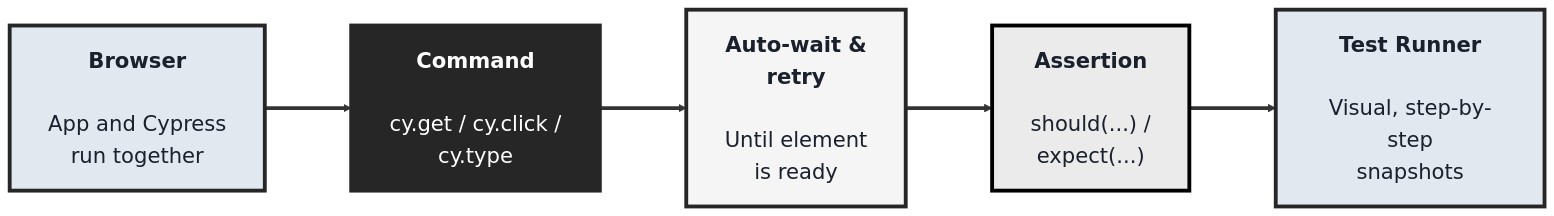
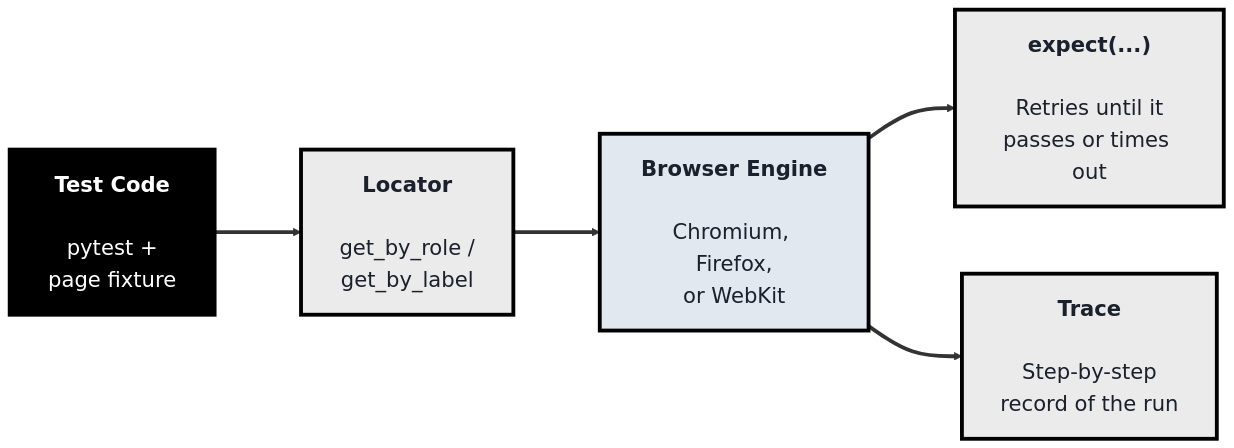
One commit to SHEMODELTECH/shemodeltech changed the second of 3 diagrams in src/Pages/courses/TechQA/module-3-automation-testing.md. Above: the diagram before and after it, drawn with Mermaid. The commit also changed other lines of this file and 7 other files, not shown here.

````diff
--- a/src/Pages/courses/TechQA/module-3-automation-testing.md
+++ b/src/Pages/courses/TechQA/module-3-automation-testing.md
@@ -114,19 +158,20 @@
 ```mermaid
-%%{init: {'theme':'base', 'themeVariables': {'fontSize':'22px', 'primaryTextColor':'#1a202c', 'primaryBorderColor':'#262626', 'lineColor':'#333333'}, 'flowchart': {'nodeSpacing': 70, 'rankSpacing': 90, 'padding': 20}}}%%
+%%{init: {'theme':'base', 'themeVariables': {'fontSize':'22px', 'primaryTextColor':'#1a202c', 'primaryBorderColor':'#000000', 'lineColor':'#333333'}, 'flowchart': {'nodeSpacing': 70, 'rankSpacing': 90, 'padding': 20}}}%%
 flowchart LR
-    B["<b>Browser</b><br/><br/>App and Cypress<br/>run together"]
-    C["<b>Command</b><br/><br/>cy.get / cy.click /<br/>cy.type"]
-    W["<b>Auto-wait &<br/>retry</b><br/><br/>Until element<br/>is ready"]
-    A["<b>Assertion</b><br/><br/>should(...) /<br/>expect(...)"]
-    TR["<b>Test Runner</b><br/><br/>Visual, step-by-step<br/>snapshots"]
+    TC["<b>Test Code</b><br/><br/>pytest +<br/>page fixture"]
+    L["<b>Locator</b><br/><br/>get_by_role /<br/>get_by_label"]
+    BR["<b>Browser Engine</b><br/><br/>Chromium, Firefox,<br/>or WebKit"]
+    E["<b>expect(...)</b><br/><br/>Retries until it<br/>passes or times out"]
+    TV["<b>Trace</b><br/><br/>Step-by-step<br/>record of the run"]
 
-    B ==> C ==> W ==> A
-    A ==> TR
+    TC ==> L ==> BR
+    BR ==> E
+    BR ==> TV
 
-    style B fill:#e2e8f0,color:#1a202c,stroke:#262626,stroke-width:4px
-    style C fill:#262626,color:#fff,stroke:#262626,stroke-width:4px
-    style W fill:#F5F5F5,color:#1a202c,stroke:#262626,stroke-width:4px
-    style A fill:#EBEBEB,color:#1a202c,stroke:#000000,stroke-width:4px
-    style TR fill:#e2e8f0,color:#1a202c,stroke:#262626,stroke-width:4px
+    style TC fill:#000000,color:#fff,stroke:#000000,stroke-width:4px
+    style L fill:#EBEBEB,color:#1a202c,stroke:#000000,stroke-width:4px
+    style BR fill:#e2e8f0,color:#1a202c,stroke:#000000,stroke-width:4px
+    style E fill:#EBEBEB,color:#1a202c,stroke:#000000,stroke-width:4px
+    style TV fill:#EBEBEB,color:#1a202c,stroke:#000000,stroke-width:4px
     linkStyle default stroke-width:4px,stroke:#333333
 ```
````
